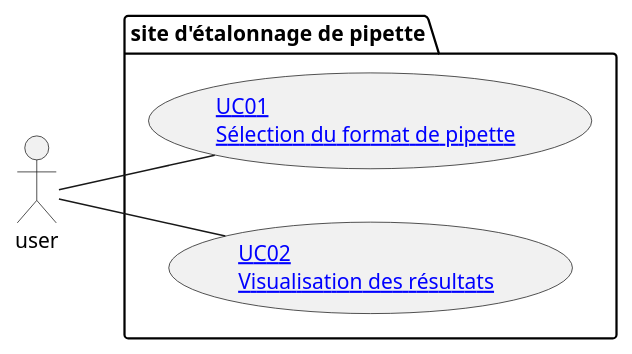
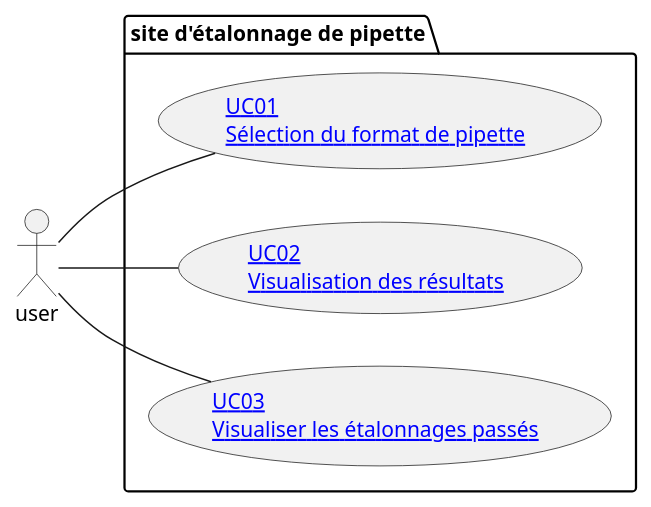
One commit to MainKarl/Rooftop changed the diagram in Docs/Etalonnage_Pipette/1_Analyse/UseCases/index.md. Above: the diagram before and after it, drawn with PlantUML. The commit also changed 15 other files, not shown here.

````diff
--- a/Docs/Etalonnage_Pipette/1_Analyse/UseCases/index.md
+++ b/Docs/Etalonnage_Pipette/1_Analyse/UseCases/index.md
@@ -3,14 +3,17 @@
 ```plantuml
 @startuml
 left to right direction
 actor user as user
 
 package "site d'étalonnage de pipette" {
     usecase ([[#!UseCases/UC01.md UC01\nSélection du format de pipette]]) as UC01
 
     usecase ([[#!UseCases/UC02.md UC02\nVisualisation des résultats]]) as UC02
+
+    usecase ([[#!UseCases/OC03.md UC03\nVisualiser les étalonnages passés]]) as UC03
 }
 
 user -- UC01
 user -- UC02
+user -- UC03
 ```
````
